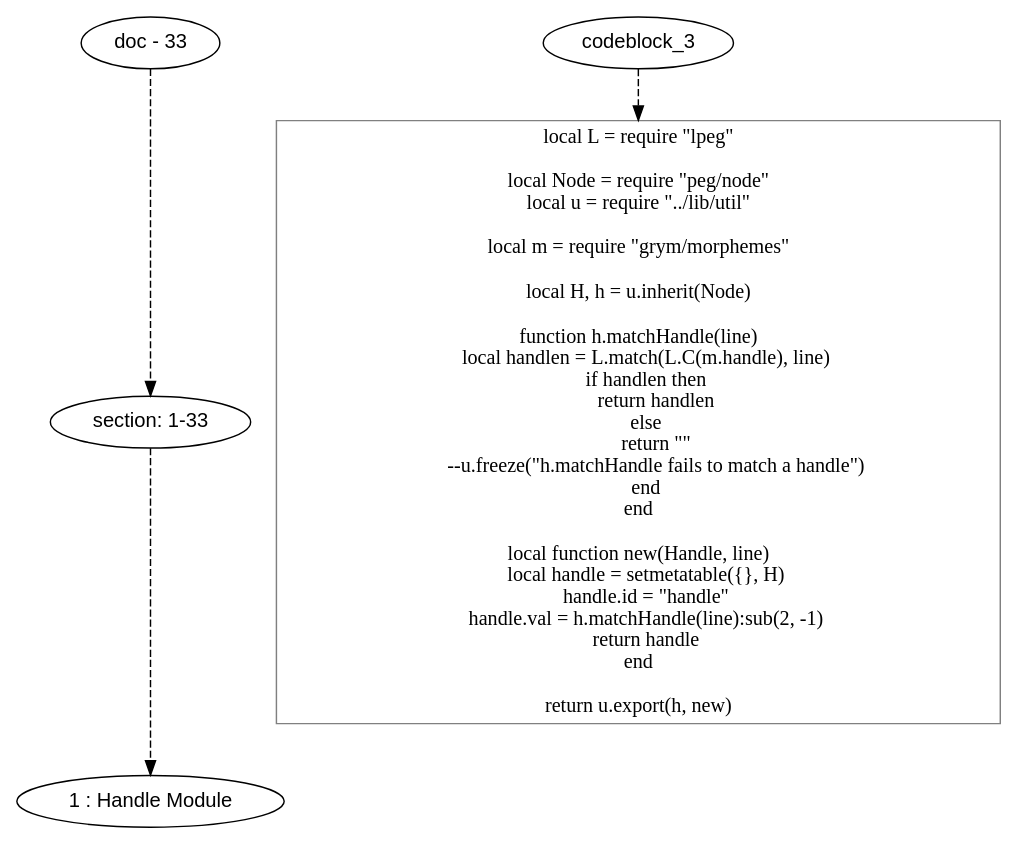
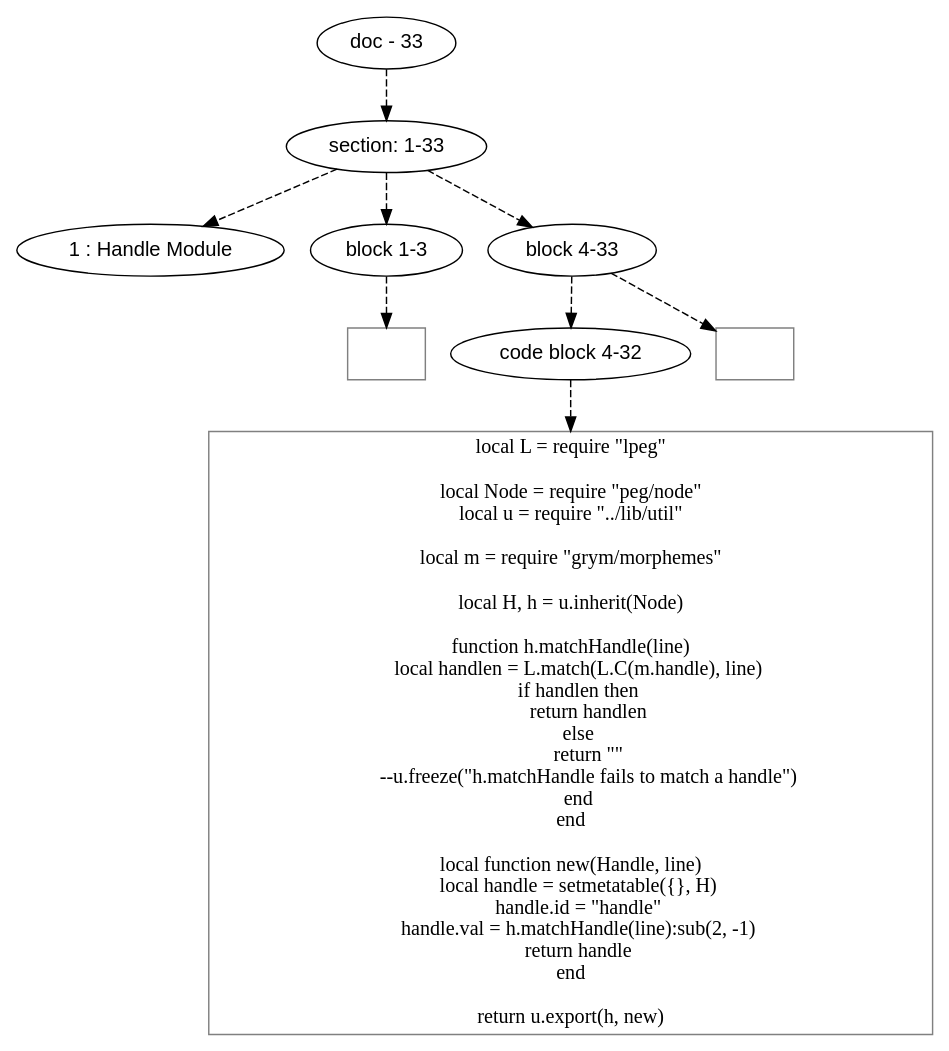
Before and after one commit to mnemnion/orb: the diagram in doc/dot/grym/handle.dot, drawn with Graphviz. The commit also changed 166 other files, not shown here.

```diff
--- a/doc/dot/grym/handle.dot
+++ b/doc/dot/grym/handle.dot
@@ -1,50 +1,65 @@
 digraph hierarchy {
 
 node [fontname=Helvetica]
 edge [style=dashed]
 
 doc_0 [label="doc - 33"]
 
 
 doc_0 -> { section_1}
 {rank=same; section_1}
 
 section_1 [label="section: 1-33"]
 
 
-section_1 -> { header_2}
-{rank=same; header_2}
+section_1 -> { header_2 block_3 block_4}
+{rank=same; header_2 block_3 block_4}
 
 header_2 [label="1 : Handle Module"]
 
+block_3 [label="block 1-3"]
 
-codeblock_3 -> leaf_4
-leaf_4  [color=Gray,shape=rectangle,fontname=Inconsolata,label="local L = require \"lpeg\"
+block_4 [label="block 4-33"]
+
+
+block_3 -> leaf_5
+leaf_5  [color=Gray,shape=rectangle,fontname=Inconsolata,label="
+"]
+block_4 -> { codeblock_6}
+{rank=same; codeblock_6}
+
+codeblock_6 [label="code block 4-32"]
+
+
+codeblock_6 -> leaf_7
+leaf_7  [color=Gray,shape=rectangle,fontname=Inconsolata,label="local L = require \"lpeg\"
 
 local Node = require \"peg/node\"
 local u = require \"../lib/util\"
 
 local m = require \"grym/morphemes\"
 
 local H, h = u.inherit(Node)
 
 function h.matchHandle(line)
     local handlen = L.match(L.C(m.handle), line)
     if handlen then
         return handlen
     else
         return \"\"
         --u.freeze(\"h.matchHandle fails to match a handle\")
     end
 end
 
 local function new(Handle, line)
     local handle = setmetatable({}, H)
     handle.id = \"handle\"
     handle.val = h.matchHandle(line):sub(2, -1)
     return handle
 end
 
 return u.export(h, new)"]
+block_4 -> leaf_8
+leaf_8  [color=Gray,shape=rectangle,fontname=Inconsolata,label=""]
 
 }
```
